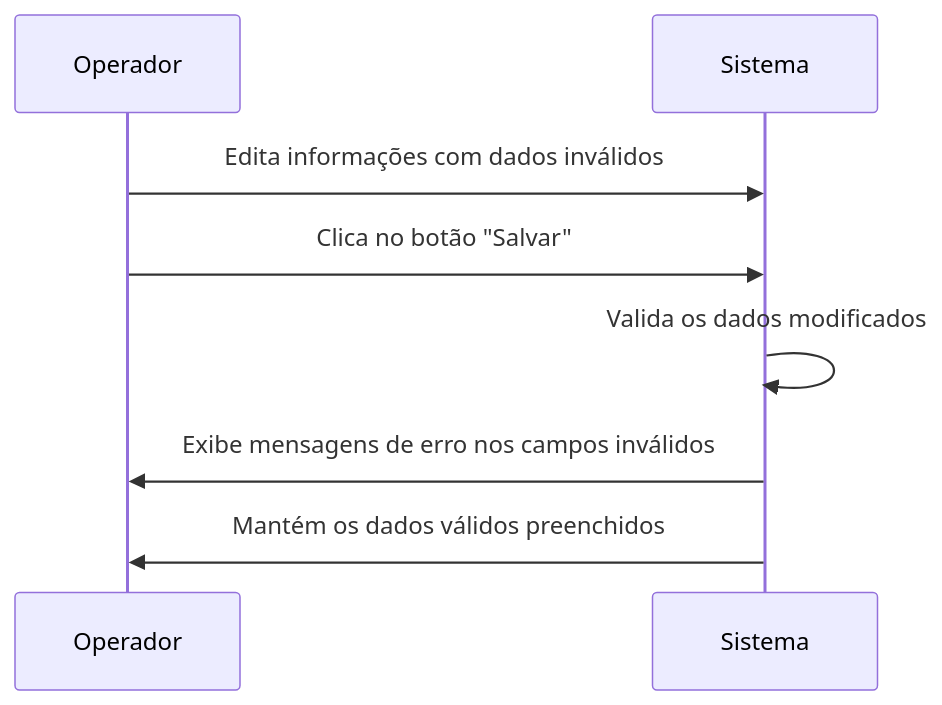
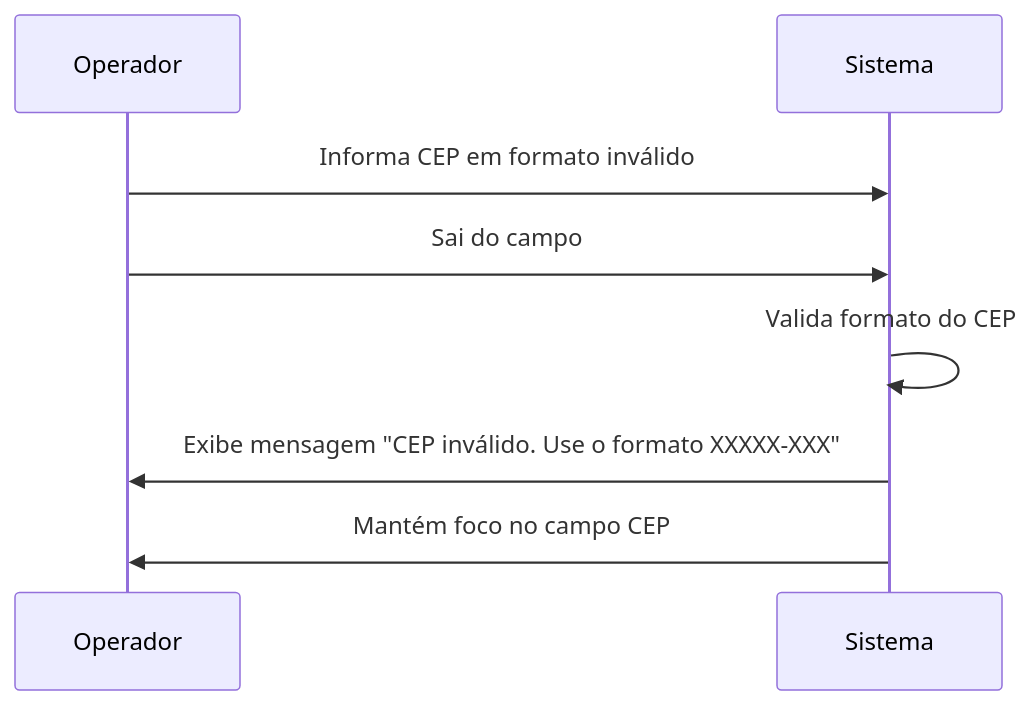
Before and after one commit to Bomsalvez/quilombo-docs: the second of 4 diagrams in Writerside/topics/RF14.md, drawn with Mermaid. The commit also changed other lines of this file and 34 other files, not shown here.

````diff
--- a/Writerside/topics/RF14.md
+++ b/Writerside/topics/RF14.md
@@ -93,11 +63,11 @@
 ```mermaid
 sequenceDiagram
     participant O as Operador
     participant S as Sistema
     
-    O->>S: Edita informações com dados inválidos
-    O->>S: Clica no botão "Salvar"
-    S->>S: Valida os dados modificados
-    S->>O: Exibe mensagens de erro nos campos inválidos
-    S->>O: Mantém os dados válidos preenchidos
+    O->>S: Informa CEP em formato inválido
+    O->>S: Sai do campo 
+    S->>S: Valida formato do CEP
+    S->>O: Exibe mensagem "CEP inválido. Use o formato XXXXX-XXX"
+    S->>O: Mantém foco no campo CEP
 ```
````
